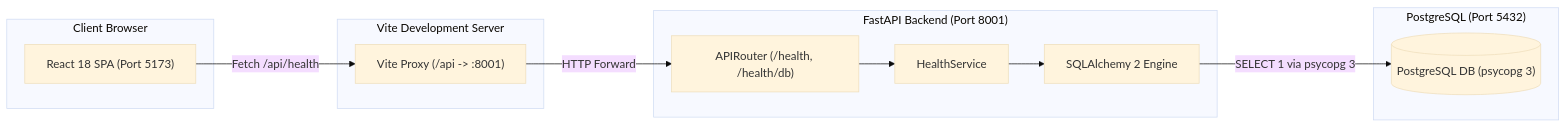
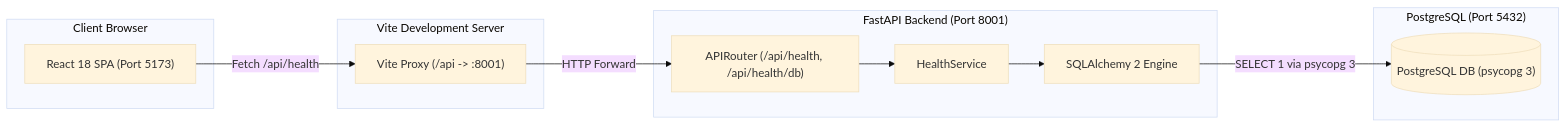
Before and after one commit to adexo-77/university-internship-platform: the diagram in docs/architecture.md, drawn with Mermaid (base theme). The commit also changed other lines of this file and 2 other files, not shown here.

Commit message:
refactor(backend): mount health router under /api only and remove duplicate root mounts

````diff
--- a/docs/architecture.md
+++ b/docs/architecture.md
@@ -9,26 +9,26 @@
 ```mermaid
 flowchart LR
     subgraph Browser ["Client Browser"]
         UI["React 18 SPA (Port 5173)"]
     end
 
     subgraph ViteServer ["Vite Development Server"]
         Proxy["Vite Proxy (/api -> :8001)"]
     end
 
     subgraph BackendApp ["FastAPI Backend (Port 8001)"]
-        Router["APIRouter (/health, /health/db)"]
+        Router["APIRouter (/api/health, /api/health/db)"]
         Service["HealthService"]
         DBEngine["SQLAlchemy 2 Engine"]
     end
 
     subgraph Database ["PostgreSQL (Port 5432)"]
         Postgres[("PostgreSQL DB (psycopg 3)")]
     end
 
     UI -->|"Fetch /api/health"| Proxy
     Proxy -->|"HTTP Forward"| Router
     Router --> Service
     Service --> DBEngine
     DBEngine -->|"SELECT 1 via psycopg 3"| Postgres
 ```
````
